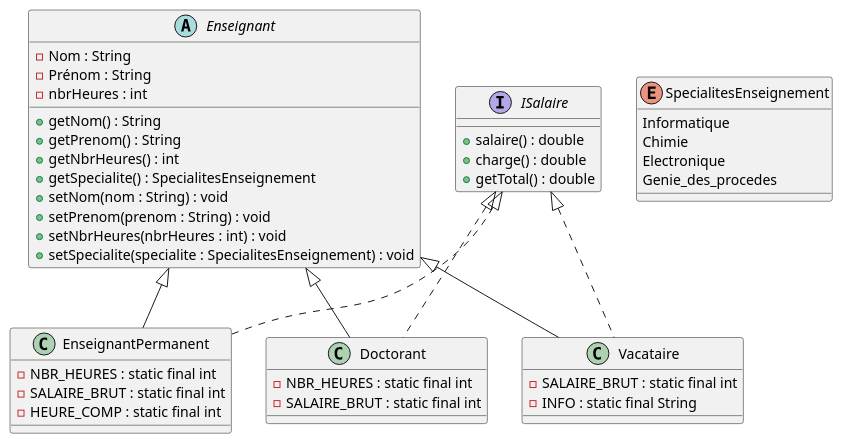
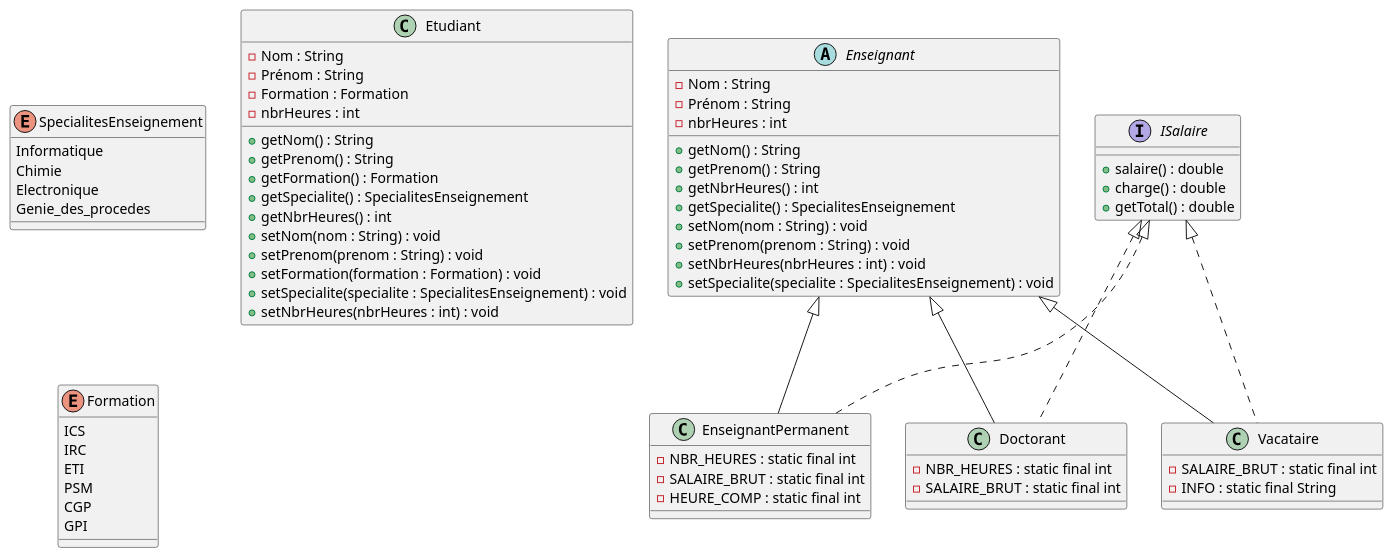
The diagram in TP6 - Part 2/src/Diagramme.puml (CharlesBerthet/POO-Java), drawn with PlantUML before and after one commit. The commit also changed 20 other files, not shown here.

```diff
--- a/TP6 - Part 2/src/Diagramme.puml
+++ b/TP6 - Part 2/src/Diagramme.puml
@@ -1,47 +1,75 @@
 @startuml Comptabilité CPE
 
 abstract class Enseignant {
      - Nom : String
      - Prénom : String
      - nbrHeures : int
 
      + getNom() : String
      + getPrenom() : String
      + getNbrHeures() : int
      + getSpecialite() : SpecialitesEnseignement
      + setNom(nom : String) : void
      + setPrenom(prenom : String) : void
      + setNbrHeures(nbrHeures : int) : void
      + setSpecialite(specialite : SpecialitesEnseignement) : void
 }
 
 class EnseignantPermanent extends Enseignant implements ISalaire {
     - NBR_HEURES : static final int
     - SALAIRE_BRUT : static final int
     - HEURE_COMP : static final int
 }
 
 class Doctorant extends Enseignant implements ISalaire{
     - NBR_HEURES : static final int
     - SALAIRE_BRUT : static final int
 }
 
 class Vacataire extends Enseignant implements ISalaire{
     - SALAIRE_BRUT : static final int
     - INFO : static final String
 }
 
 interface ISalaire {
     + salaire() : double
     + charge() : double
     + getTotal() : double
 }
 
-Enum SpecialitesEnseignement {
+enum SpecialitesEnseignement {
     Informatique
     Chimie
     Electronique
     Genie_des_procedes
 }
 
+class Etudiant {
+    - Nom : String
+    - Prénom : String
+    - Formation : Formation
+    - nbrHeures : int
+
+    + getNom() : String
+    + getPrenom() : String
+    + getFormation() : Formation
+    + getSpecialite() : SpecialitesEnseignement
+    + getNbrHeures() : int
+    + setNom(nom : String) : void
+    + setPrenom(prenom : String) : void
+    + setFormation(formation : Formation) : void
+    + setSpecialite(specialite : SpecialitesEnseignement) : void
+    + setNbrHeures(nbrHeures : int) : void
+
+}
+
+enum Formation {
+    ICS
+    IRC
+    ETI
+    PSM
+    CGP
+    GPI
+}
+
 @enduml
```
